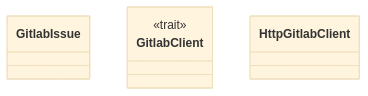
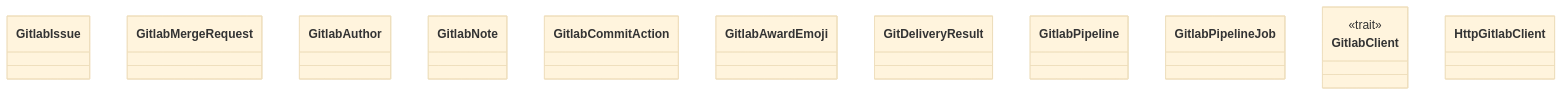
Before and after one commit to lgcorzo/rust_CACD_autonomous_factory: the first of 2 diagrams in wiki/crates_factory-infrastructure_src_gitlab.md, drawn with Mermaid (base theme). The commit also changed other lines of this file and 20 other files, not shown here.

````diff
--- a/wiki/crates_factory-infrastructure_src_gitlab.md
+++ b/wiki/crates_factory-infrastructure_src_gitlab.md
@@ -16,8 +16,16 @@
 ```mermaid
 classDiagram
     class GitlabIssue
+    class GitlabMergeRequest
+    class GitlabAuthor
+    class GitlabNote
+    class GitlabCommitAction
+    class GitlabAwardEmoji
+    class GitDeliveryResult
+    class GitlabPipeline
+    class GitlabPipelineJob
     class GitlabClient {
         <<trait>>
     }
     class HttpGitlabClient
 ```
````
